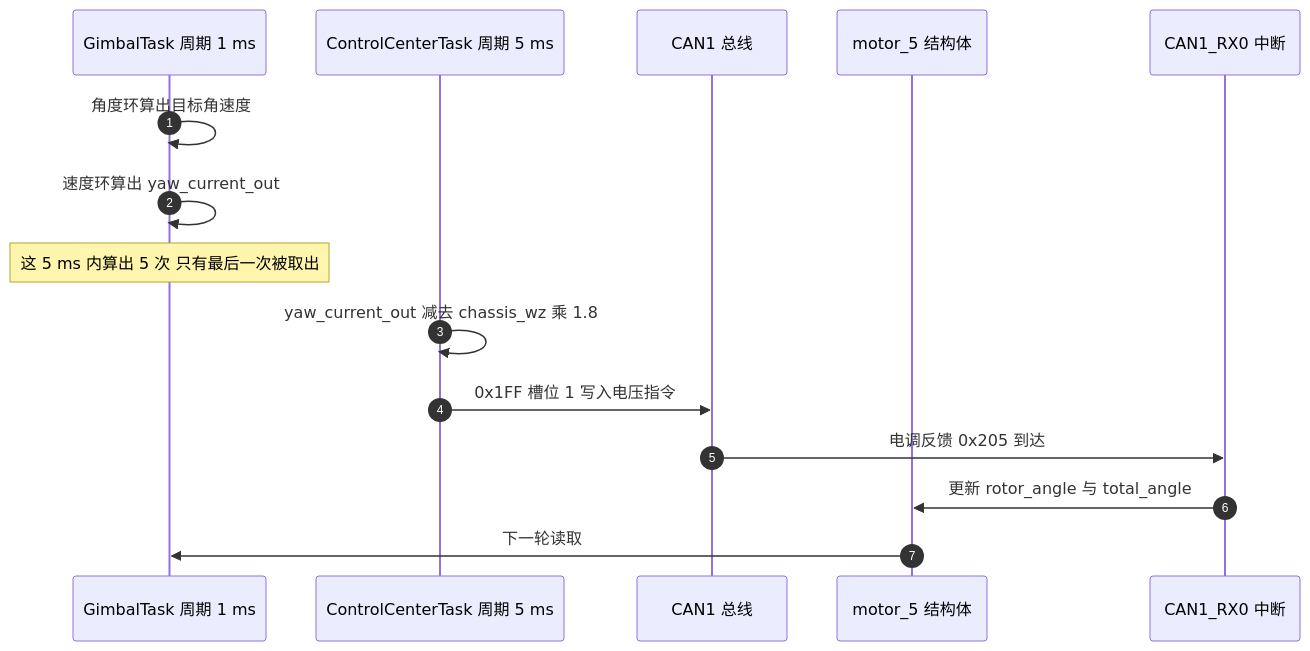
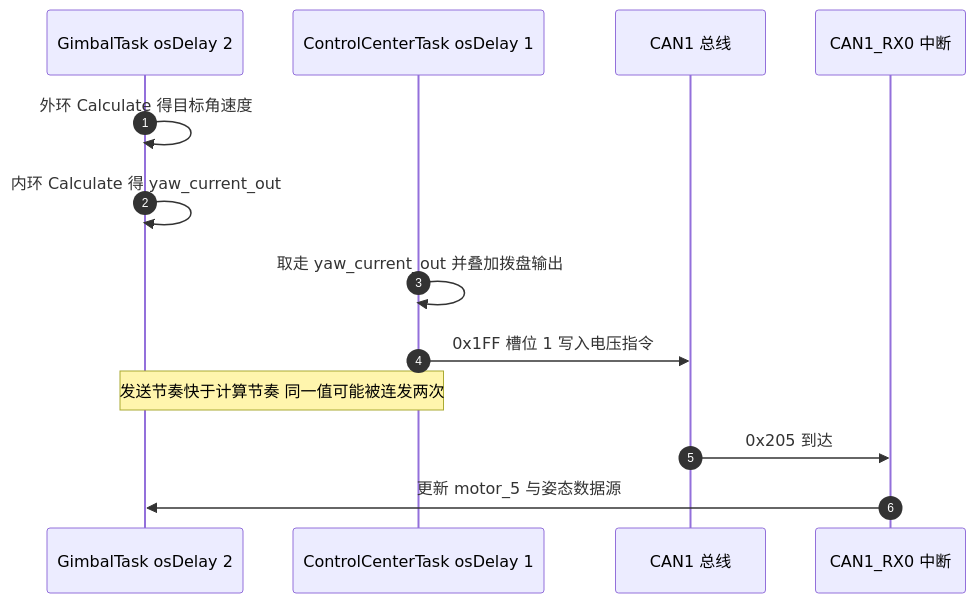
Before and after one commit to TC635807/TC63PersonalWebsite: the second of 2 diagrams in docs/03-CAN 与电机/03-DJI6020/03-角度环控制.md, drawn with Mermaid. The commit also changed other lines of this file and 728 other files, not shown here.

````diff
--- a/docs/03-CAN 与电机/03-DJI6020/03-角度环控制.md
+++ b/docs/03-CAN 与电机/03-DJI6020/03-角度环控制.md
@@ -154,17 +188,15 @@
 ```mermaid
 sequenceDiagram
     autonumber
-    participant G as GimbalTask 周期 1 ms
-    participant C as ControlCenterTask 周期 5 ms
+    participant G as GimbalTask osDelay 2
+    participant C as ControlCenterTask osDelay 1
     participant B as CAN1 总线
-    participant M as motor_5 结构体
     participant I as CAN1_RX0 中断
-    G->>G: 角度环算出目标角速度
-    G->>G: 速度环算出 yaw_current_out
-    Note over G: 这 5 ms 内算出 5 次 只有最后一次被取出
-    C->>C: yaw_current_out 减去 chassis_wz 乘 1.8
+    G->>G: 外环 Calculate 得目标角速度
+    G->>G: 内环 Calculate 得 yaw_current_out
+    C->>C: 取走 yaw_current_out 并叠加拨盘输出
     C->>B: 0x1FF 槽位 1 写入电压指令
-    B->>I: 电调反馈 0x205 到达
-    I->>M: 更新 rotor_angle 与 total_angle
-    M->>G: 下一轮读取
+    Note over G,C: 发送节奏快于计算节奏 同一值可能被连发两次
+    B->>I: 0x205 到达
+    I->>G: 更新 motor_5 与姿态数据源
 ```
````
